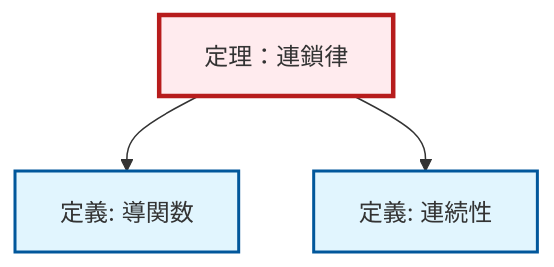
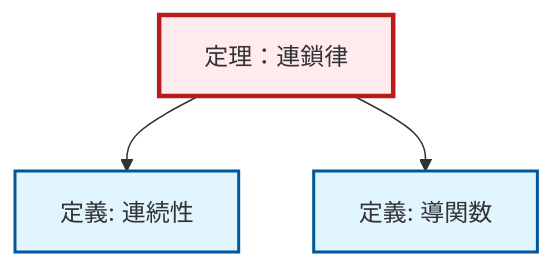
Before and after one commit to RK0429/ModernMath: the second of 2 diagrams in content/ja/analysis/thm-chain-rule.qmd, drawn with Mermaid. The commit also changed other lines of this file and 1012 other files, not shown here.

````diff
--- a/content/ja/analysis/thm-chain-rule.qmd
+++ b/content/ja/analysis/thm-chain-rule.qmd
@@ -90,17 +90,17 @@
 ```{mermaid}
 %%| fig-cap: "Local dependency graph"
 graph TD
     classDef definition fill:#e1f5fe,stroke:#01579b,stroke-width:2px
     classDef theorem fill:#f3e5f5,stroke:#4a148c,stroke-width:2px
     classDef axiom fill:#fff3e0,stroke:#e65100,stroke-width:2px
     classDef example fill:#e8f5e9,stroke:#1b5e20,stroke-width:2px
     classDef current fill:#ffebee,stroke:#b71c1c,stroke-width:3px
+    def-continuity["定義: 連続性"]:::definition
     thm-chain-rule["定理：連鎖律"]:::theorem
     def-derivative["定義: 導関数"]:::definition
-    def-continuity["定義: 連続性"]:::definition
+    thm-chain-rule --> def-continuity
     thm-chain-rule --> def-derivative
-    thm-chain-rule --> def-continuity
     class thm-chain-rule current
+    click def-continuity "def-continuity.html" "連続性の定義へ"
     click def-derivative "def-derivative.html" "導関数の定義へ"
-    click def-continuity "def-continuity.html" "連続性の定義へ"
 ```
````
